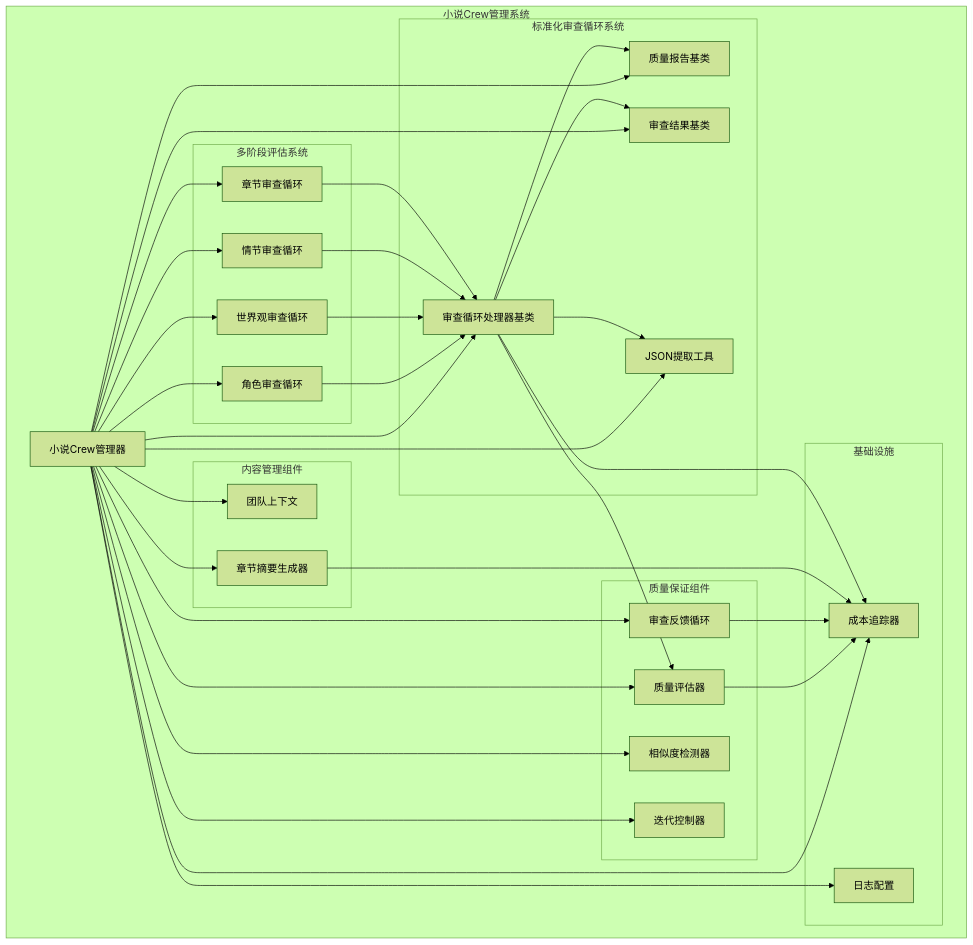
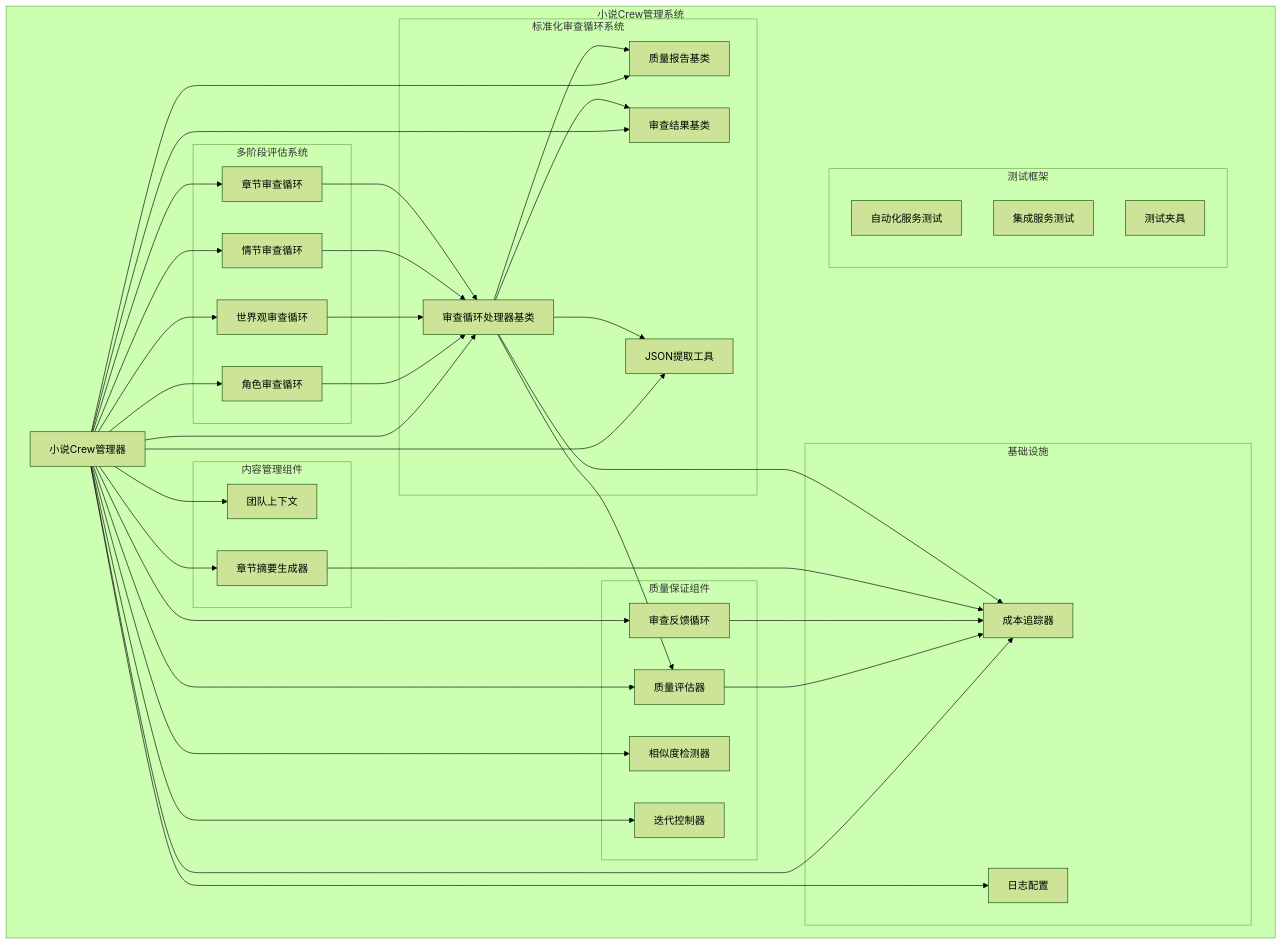
The sixth of 17 diagrams in .qoder/repowiki/zh/content/AI智能体系统/质量保证系统.md (xfbyxq/ai-novel-system), drawn with Mermaid (forest theme) before and after one commit. The commit also changed 84 other files, not shown here.

````diff
--- a/.qoder/repowiki/zh/content/AI智能体系统/质量保证系统.md
+++ b/.qoder/repowiki/zh/content/AI智能体系统/质量保证系统.md
@@ -289,60 +289,65 @@
 ```mermaid
 graph TB
 subgraph "小说Crew管理系统"
 CM[小说Crew管理器]
 subgraph "质量保证组件"
 QE[质量评估器]
 RL[审查反馈循环]
 SD[相似度检测器]
 IC[迭代控制器]
 end
 subgraph "标准化审查循环系统"
 BRB[审查循环处理器基类]
 BQR[质量报告基类]
 BRR[审查结果基类]
 JE[JSON提取工具]
 end
 subgraph "多阶段评估系统"
 CRE[角色审查循环]
 WRE[世界观审查循环]
 PRE[情节审查循环]
 RRL[章节审查循环]
 end
 subgraph "内容管理组件"
 TC[团队上下文]
 CSG[章节摘要生成器]
 end
 subgraph "基础设施"
 CT[成本追踪器]
 LC[日志配置]
+end
+subgraph "测试框架"
+TAU[自动化服务测试]
+TIS[集成服务测试]
+CF[测试夹具]
 end
 end
 CM --> QE
 CM --> RL
 CM --> SD
 CM --> IC
 CM --> BRB
 CM --> BQR
 CM --> BRR
 CM --> JE
 CM --> CRE
 CM --> WRE
 CM --> PRE
 CM --> RRL
 CM --> TC
 CM --> CSG
 CM --> CT
 CM --> LC
 QE --> CT
 RL --> CT
 CSG --> CT
 BRB --> QE
 BRB --> CT
 BRB --> BQR
 BRB --> BRR
 BRB --> JE
 CRE --> BRB
 WRE --> BRB
 PRE --> BRB
 RRL --> BRB
 ```
````
